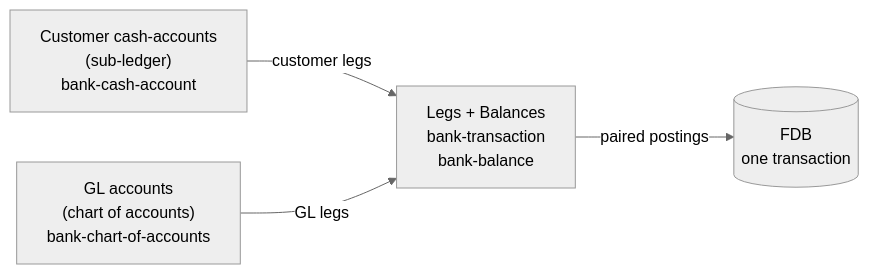
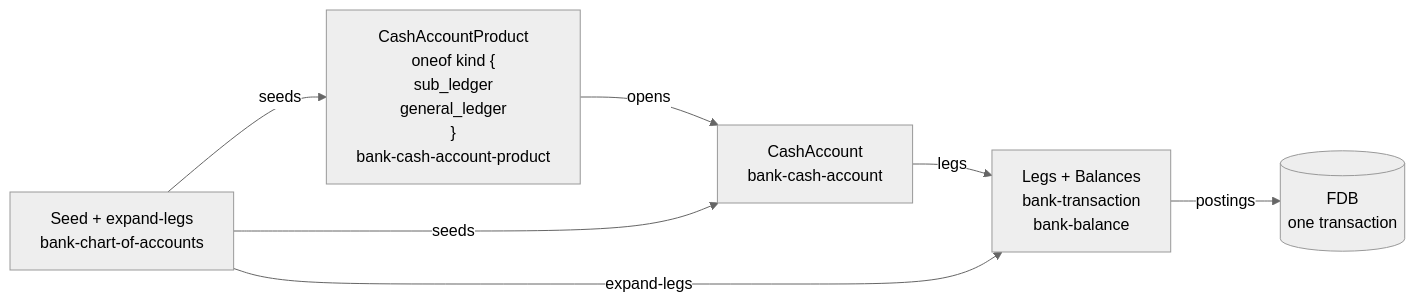
Before and after one commit to kjothen/queenswood: the first of 2 diagrams in docs/tdd/chart-of-accounts.md, drawn with Mermaid (neutral theme). The commit also changed other lines of this file and 42 other files, not shown here.

````diff
--- a/docs/tdd/chart-of-accounts.md
+++ b/docs/tdd/chart-of-accounts.md
@@ -124,11 +143,15 @@
 ```mermaid
 graph LR
-    SL["Customer cash-accounts<br/>(sub-ledger)<br/>bank-cash-account"]
-    GL["GL accounts<br/>(chart of accounts)<br/>bank-chart-of-accounts"]
+    P["CashAccountProduct<br/>oneof kind {<br/>  sub_ledger<br/>  general_ledger<br/>}<br/>bank-cash-account-product"]
+    A["CashAccount<br/>bank-cash-account"]
+    COA["Seed + expand-legs<br/>bank-chart-of-accounts"]
     TX["Legs + Balances<br/>bank-transaction<br/>bank-balance"]
     FDB[("FDB<br/>one transaction")]
 
-    SL -->|customer legs| TX
-    GL -->|GL legs| TX
-    TX -->|paired postings| FDB
+    P -->|opens| A
+    COA -->|seeds| P
+    COA -->|seeds| A
+    A -->|legs| TX
+    COA -->|expand-legs| TX
+    TX -->|postings| FDB
 ```
````
